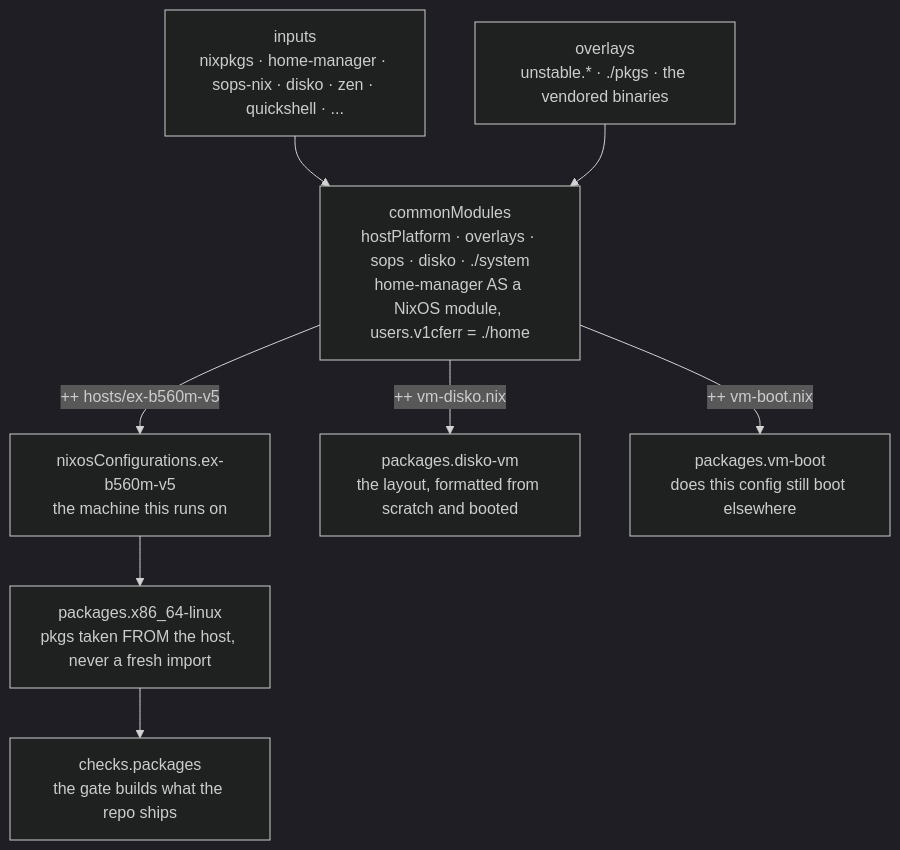
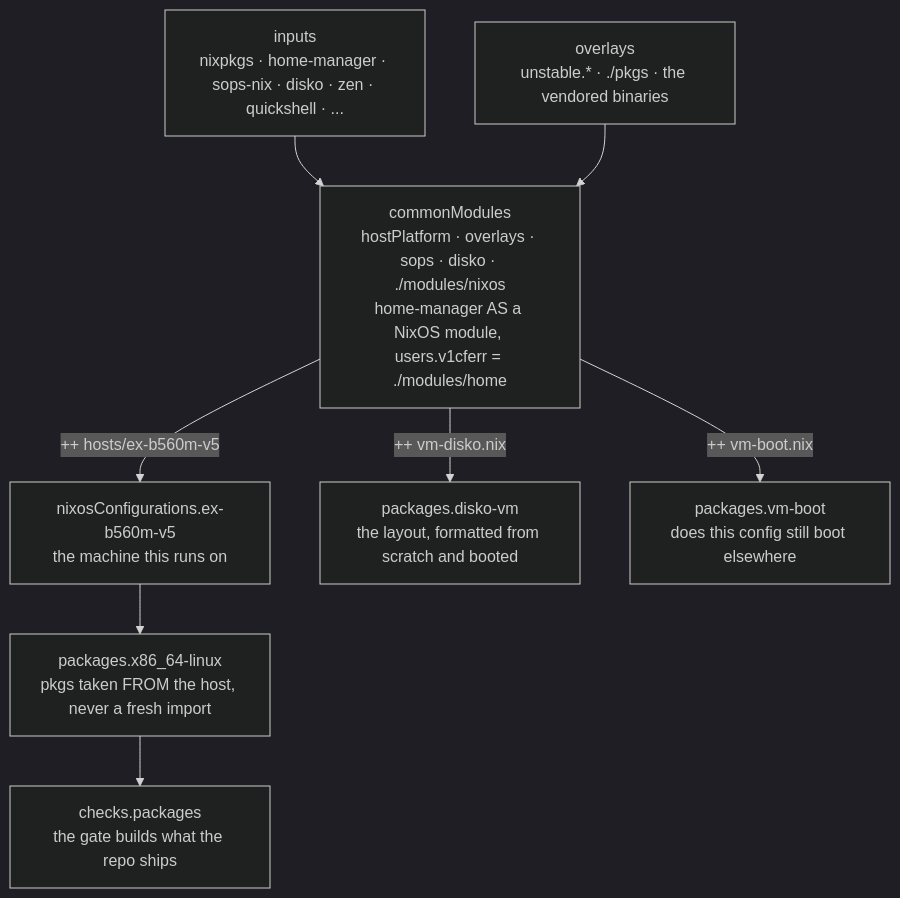
Before and after one commit to v1cferr/dotfiles: the diagram in docs/notes/repo/flake.md, drawn with Mermaid (dark theme). The commit also changed other lines of this file and 220 other files, not shown here.

First line of the commit message:
refactor(modules): move home/ to modules/home/

````diff
--- a/docs/notes/repo/flake.md
+++ b/docs/notes/repo/flake.md
@@ -193,17 +193,17 @@
 ```mermaid
 flowchart TD
     I["inputs<br>nixpkgs · home-manager · sops-nix · disko · zen · quickshell · ..."]
     O["overlays<br>unstable.* · ./pkgs · the vendored binaries"]
 
     I --> C
     O --> C
 
-    C["commonModules<br>hostPlatform · overlays · sops · disko · ./system<br>home-manager AS a NixOS module, users.v1cferr = ./home"]
+    C["commonModules<br>hostPlatform · overlays · sops · disko · ./modules/nixos<br>home-manager AS a NixOS module, users.v1cferr = ./modules/home"]
 
     C -->|"++ hosts/ex-b560m-v5"| H["nixosConfigurations.ex-b560m-v5<br>the machine this runs on"]
     C -->|"++ vm-disko.nix"| D["packages.disko-vm<br>the layout, formatted from scratch and booted"]
     C -->|"++ vm-boot.nix"| V["packages.vm-boot<br>does this config still boot elsewhere"]
 
     H --> P["packages.x86_64-linux<br>pkgs taken FROM the host, never a fresh import"]
     P --> K["checks.packages<br>the gate builds what the repo ships"]
 ```
````
